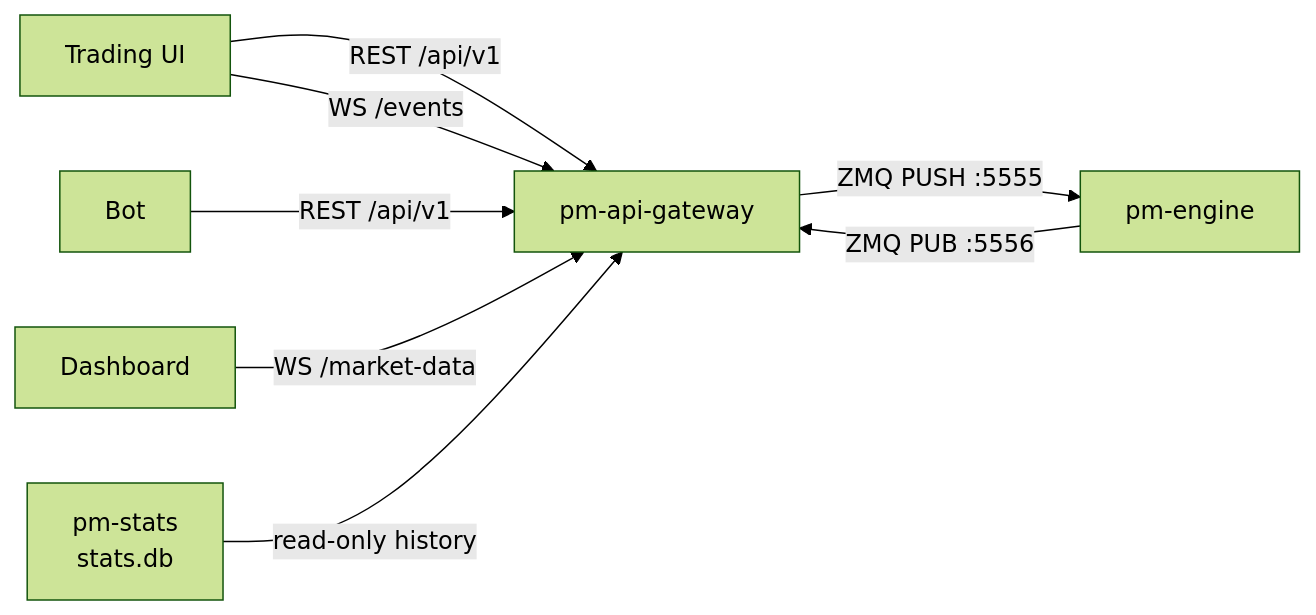
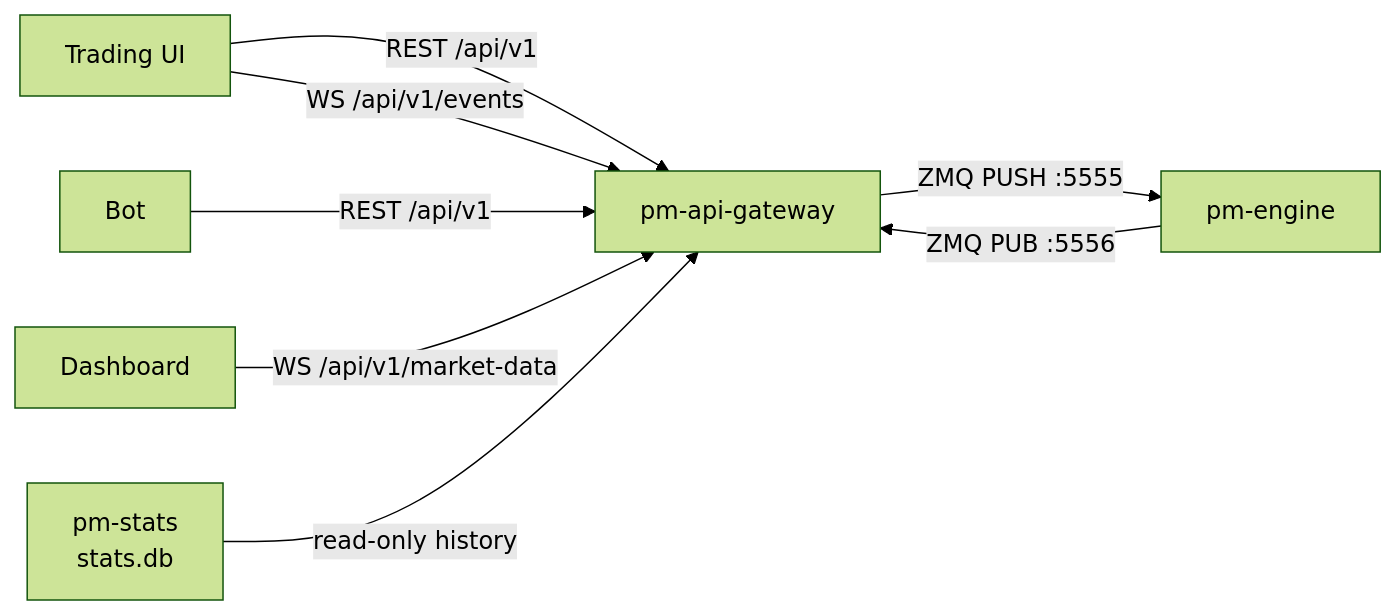
The diagram in docs/user-guide/21-api-gateway.md (johan162/EduMatcher), drawn with Mermaid (forest theme) before and after one commit. The commit also changed other lines of this file and 4 other files, not shown here.

````diff
--- a/docs/user-guide/21-api-gateway.md
+++ b/docs/user-guide/21-api-gateway.md
@@ -24,10 +24,10 @@
 ```mermaid
 flowchart LR
     UI[Trading UI] -->|REST /api/v1| API[pm-api-gateway]
     BOT[Bot] -->|REST /api/v1| API
-    UI -->|WS /events| API
-    DASH[Dashboard] -->|WS /market-data| API
+  UI -->|WS /api/v1/events| API
+  DASH[Dashboard] -->|WS /api/v1/market-data| API
     API -->|ZMQ PUSH :5555| ENG[pm-engine]
     ENG -->|ZMQ PUB :5556| API
     STATS[pm-stats\nstats.db] -->|read-only history| API
 ```
````
